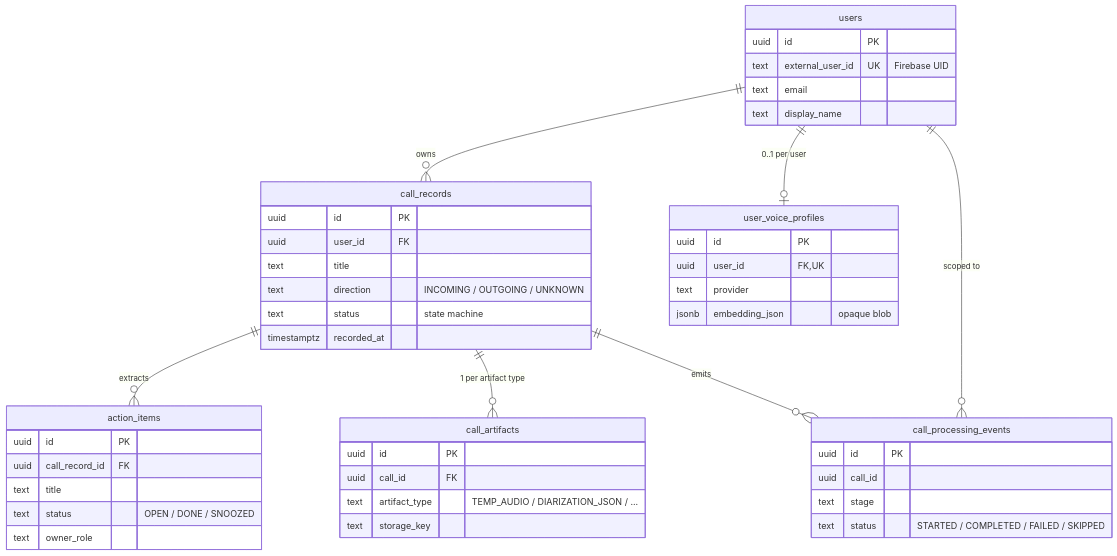
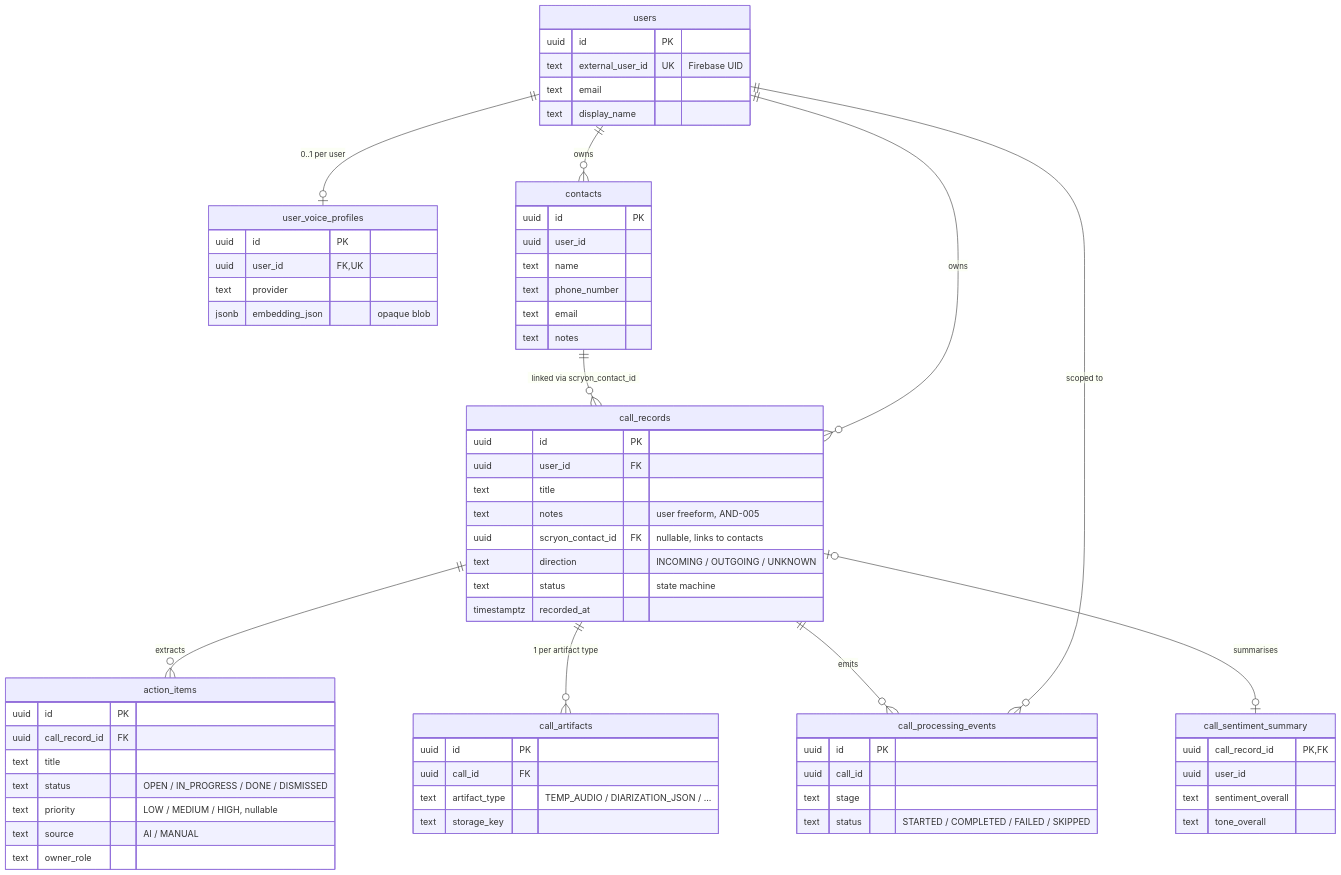
One commit to FluxonLabs/scryon-docs changed the diagram in docs/architecture/data-model.md. Above: the diagram before and after it, drawn with Mermaid. The commit also changed other lines of this file and 8 other files, not shown here.

First line of the commit message:
docs: sync with recent backend features (contacts, call metadata edit, analysis v3, vibe analytics)

````diff
--- a/docs/architecture/data-model.md
+++ b/docs/architecture/data-model.md
@@ -7,49 +7,70 @@
 ```mermaid
 erDiagram
     users ||--o{ call_records : owns
     users ||--o| user_voice_profiles : "0..1 per user"
     users ||--o{ call_processing_events : "scoped to"
+    users ||--o{ contacts : owns
     call_records ||--o{ action_items : extracts
     call_records ||--o{ call_artifacts : "1 per artifact type"
     call_records ||--o{ call_processing_events : emits
+    call_records |o--o| call_sentiment_summary : summarises
+    contacts ||--o{ call_records : "linked via scryon_contact_id"
 
     users {
         uuid id PK
         text external_user_id UK "Firebase UID"
         text email
         text display_name
     }
     call_records {
         uuid id PK
         uuid user_id FK
         text title
+        text notes "user freeform, AND-005"
+        uuid scryon_contact_id FK "nullable, links to contacts"
         text direction "INCOMING / OUTGOING / UNKNOWN"
         text status "state machine"
         timestamptz recorded_at
     }
     call_artifacts {
         uuid id PK
         uuid call_id FK
         text artifact_type "TEMP_AUDIO / DIARIZATION_JSON / ..."
         text storage_key
     }
     action_items {
         uuid id PK
         uuid call_record_id FK
         text title
-        text status "OPEN / DONE / SNOOZED"
+        text status "OPEN / IN_PROGRESS / DONE / DISMISSED"
+        text priority "LOW / MEDIUM / HIGH, nullable"
+        text source "AI / MANUAL"
         text owner_role
+    }
+    contacts {
+        uuid id PK
+        uuid user_id
+        text name
+        text phone_number
+        text email
+        text notes
+    }
+    call_sentiment_summary {
+        uuid call_record_id PK,FK
+        uuid user_id
+        text sentiment_overall
+        text tone_overall
     }
     user_voice_profiles {
         uuid id PK
         uuid user_id FK,UK
         text provider
         jsonb embedding_json "opaque blob"
     }
     call_processing_events {
         uuid id PK
         uuid call_id
         text stage
         text status "STARTED / COMPLETED / FAILED / SKIPPED"
     }
 ```
````
